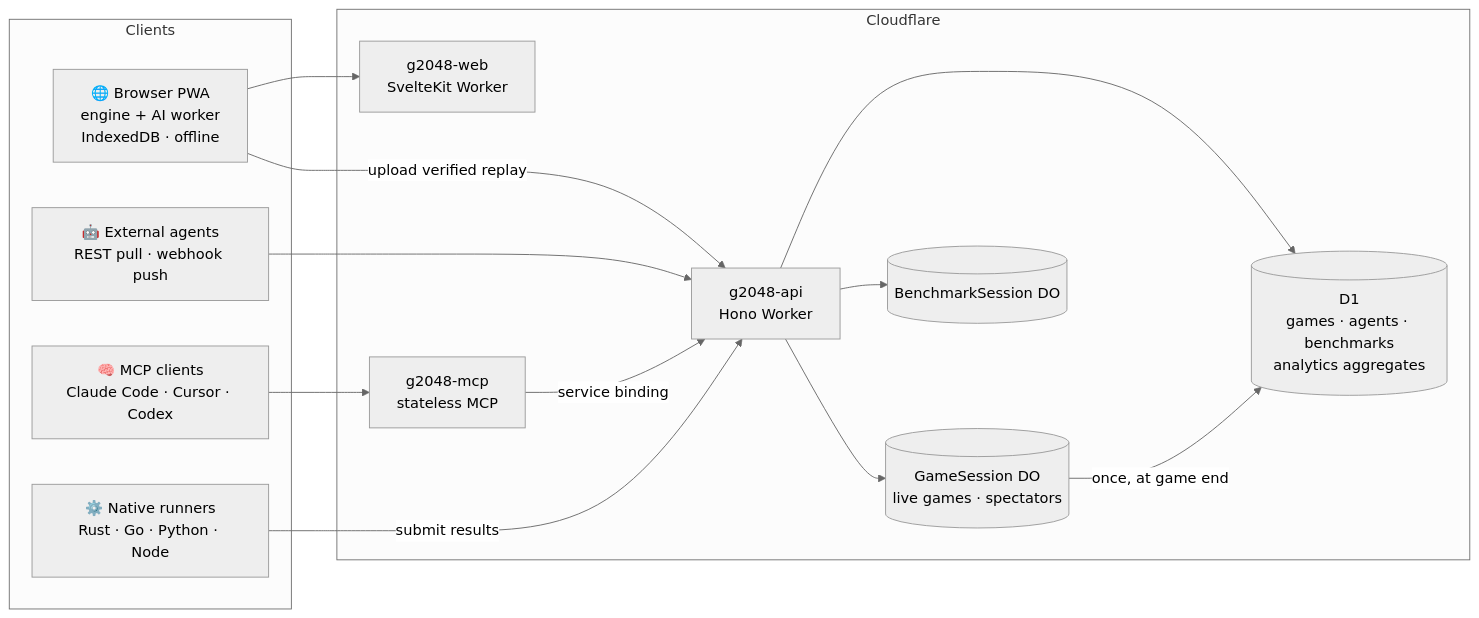
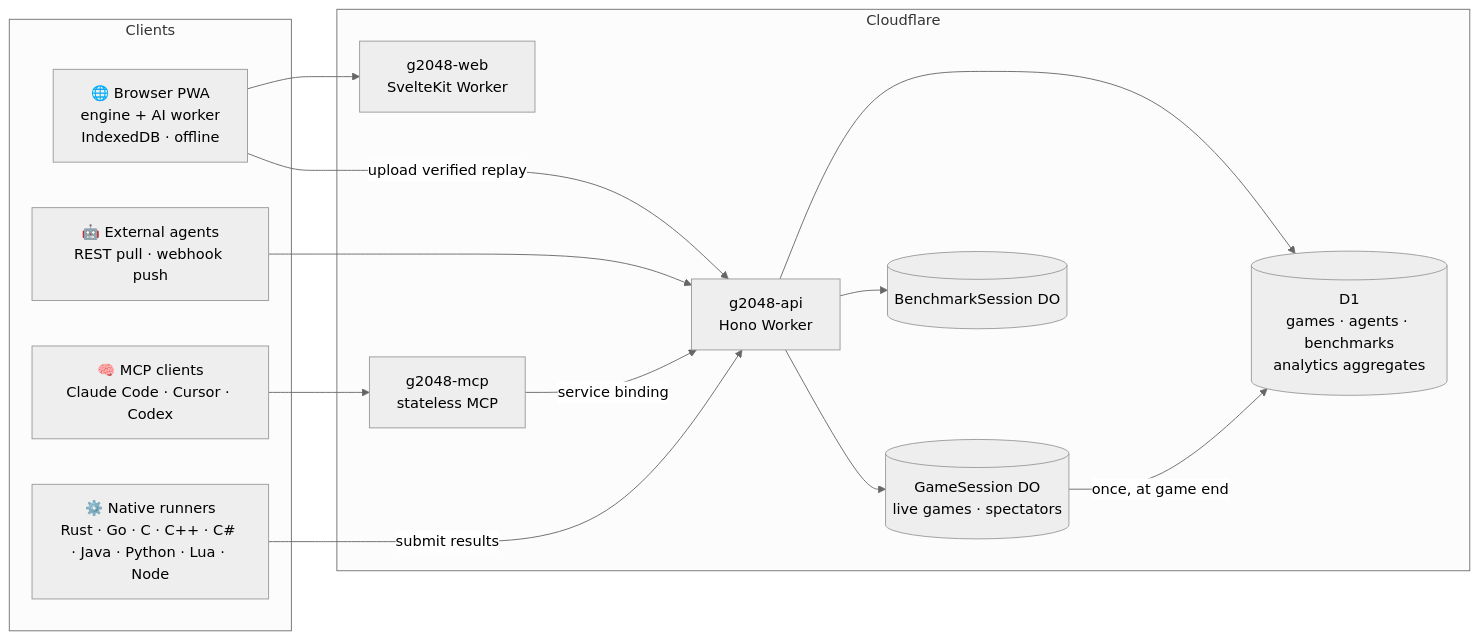
The diagram in README.md (ifsvivek/2048-lab), drawn with Mermaid before and after one commit. The commit also changed other lines of this file and 110 other files, not shown here.

First line of the commit message:
Add C, C++, C#, Java and Lua engine ports (nine languages)

````diff
--- a/README.md
+++ b/README.md
@@ -134,26 +149,26 @@
 ```mermaid
 %%{init: {"theme": "neutral"}}%%
 flowchart LR
     subgraph Clients
         B["🌐 Browser PWA<br/>engine + AI worker<br/>IndexedDB · offline"]
         A["🤖 External agents<br/>REST pull · webhook push"]
         M["🧠 MCP clients<br/>Claude Code · Cursor · Codex"]
-        R["⚙️ Native runners<br/>Rust · Go · Python · Node"]
+        R["⚙️ Native runners<br/>Rust · Go · C · C++ · C# · Java · Python · Lua · Node"]
     end
     subgraph Cloudflare
         W["g2048-web<br/>SvelteKit Worker"]
         API["g2048-api<br/>Hono Worker"]
         MCP["g2048-mcp<br/>stateless MCP"]
         GS[("GameSession DO<br/>live games · spectators")]
         BS[("BenchmarkSession DO")]
         D1[("D1<br/>games · agents · benchmarks<br/>analytics aggregates")]
     end
     B --> W
     B -- "upload verified replay" --> API
     A --> API
     M --> MCP -- "service binding" --> API
     R -- "submit results" --> API
     API --> GS & BS
     API --> D1
     GS -- "once, at game end" --> D1
 ```
````
